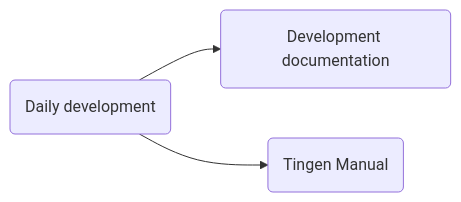
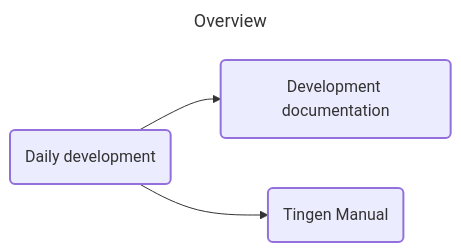
Before and after one commit to spectrum-health-systems/tingen-documentation: the second of 3 diagrams in Development/Processes/Daily development.md, drawn with Mermaid. The commit also changed other lines of this file and 1 other file, not shown here.

````diff
--- a/Development/Processes/Daily development.md
+++ b/Development/Processes/Daily development.md
@@ -20,6 +50,11 @@
 ```mermaid
+---
+title: Overview
+---
 flowchart LR
   DailyDevelopment("Daily development") --> DevelopmentDocumentation("Development documentation")
   DailyDevelopment("Daily development") --> TingenManual("Tingen Manual")
 
+  classDef allNodes stroke-width:2px;
+  class DailyDevelopment,DevelopmentDocumentation,TingenManual allNodes;
 ```
````
